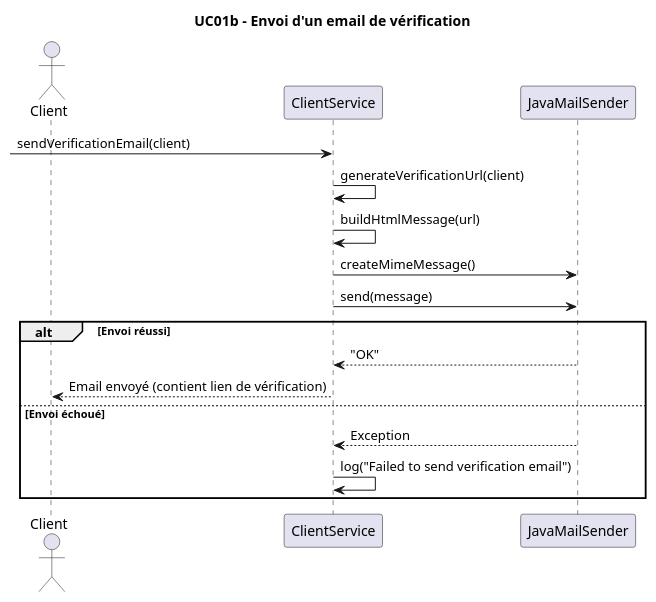
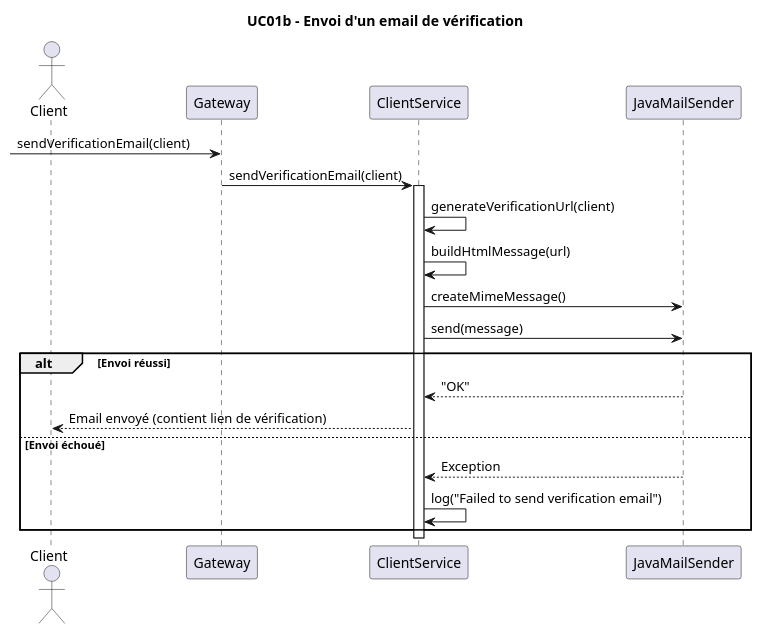
One commit to primika27/BrokerX-phase2-micorservices- changed the diagram in docs/views/rdcu_uc01_verification_email.puml. Above: the diagram before and after it, drawn with PlantUML. The commit also changed 47 other files, not shown here.

Commit message:
functional order matching+ diagrams added

```diff
--- a/docs/views/rdcu_uc01_verification_email.puml
+++ b/docs/views/rdcu_uc01_verification_email.puml
@@ -1,21 +1,25 @@
 @startuml rdcu01b_send_verification_email
 title UC01b - Envoi d'un email de vérification
 
 actor Client
+participant "Gateway" as Gateway
 participant "ClientService" as Service
 participant "JavaMailSender" as MailSender
 
--> Service : sendVerificationEmail(client)
+-> Gateway : sendVerificationEmail(client)
+
+Gateway -> Service : sendVerificationEmail(client)
+activate Service
 Service -> Service : generateVerificationUrl(client)
 Service -> Service : buildHtmlMessage(url)
 
 Service -> MailSender : createMimeMessage()
 Service -> MailSender : send(message)
 alt Envoi réussi
     MailSender --> Service : "OK"
     Service --> Client : Email envoyé (contient lien de vérification)
 else Envoi échoué
     MailSender --> Service : Exception
     Service -> Service : log("Failed to send verification email")
 end
 @enduml
```
